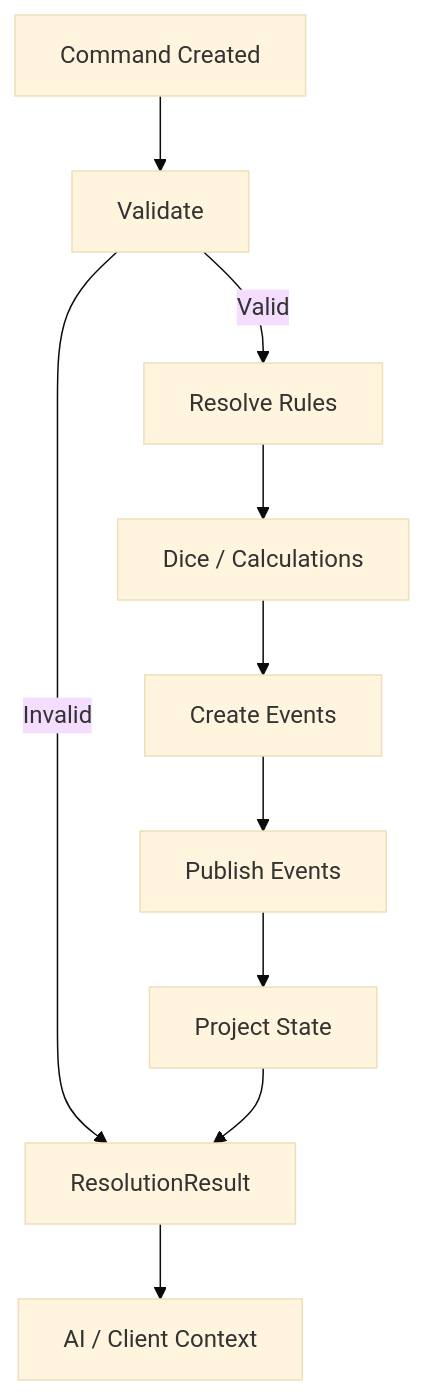
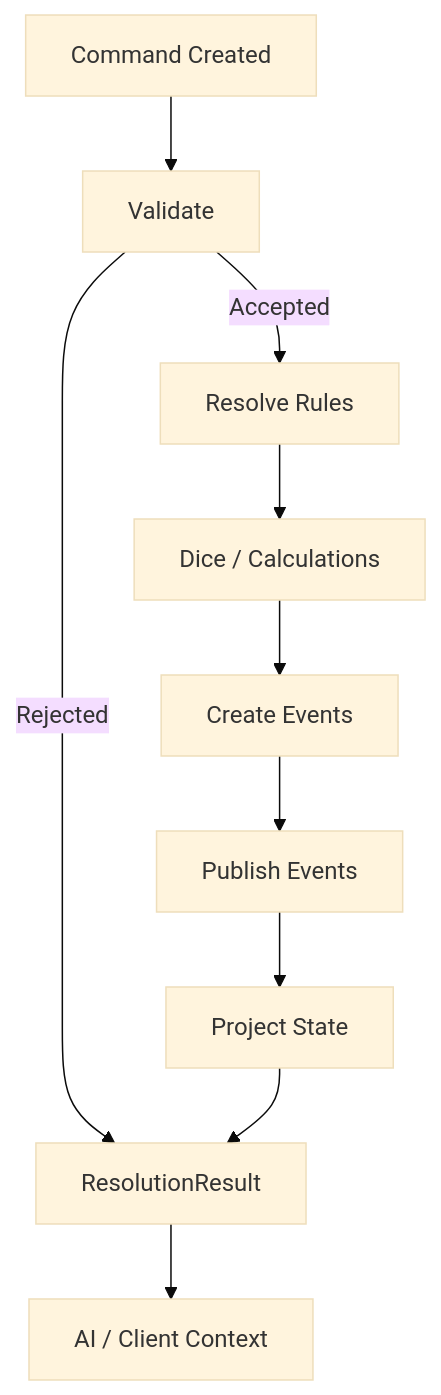
Before and after one commit to redbull101020/ai-dnd-master: the sixth of 18 diagrams in docs/ARCHITECTURE.md, drawn with Mermaid (base theme). The commit also changed 1 other file, not shown here.

Commit message:
docs: relabel §3.7 validation edges to the canonical vocabulary
Aligns the §3.7 Action Lifecycle diagram's two validation edges with
the §9.7 Command lifecycle vocabulary (Rejected / Accepted instead of
Invalid / Valid), removing the last occurrence of the vocabulary
DEC-0015 rejected from the canonical contract.

````diff
--- a/docs/ARCHITECTURE.md
+++ b/docs/ARCHITECTURE.md
@@ -1411,35 +1411,35 @@
 ```mermaid
 flowchart TD
 
     Command[Command Created]
 
     Validate[Validate]
 
     Resolve[Resolve Rules]
 
     Roll[Dice / Calculations]
 
     Events[Create Events]
 
     Publish[Publish Events]
 
     Project[Project State]
 
     Result[ResolutionResult]
 
     Context[AI / Client Context]
 
     Command --> Validate
 
-    Validate -->|Invalid| Result
-    Validate -->|Valid| Resolve
+    Validate -->|Rejected| Result
+    Validate -->|Accepted| Resolve
 
     Resolve --> Roll
     Roll --> Events
 
     Events --> Publish
     Publish --> Project
 
     Project --> Result
     Result --> Context
 ```
````
